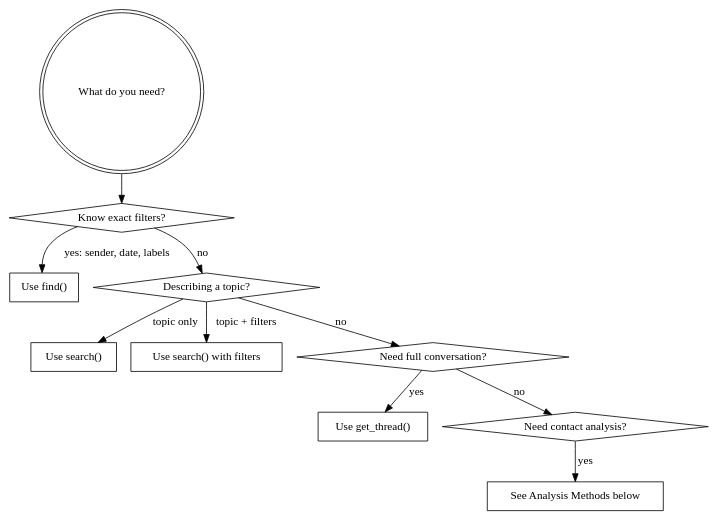
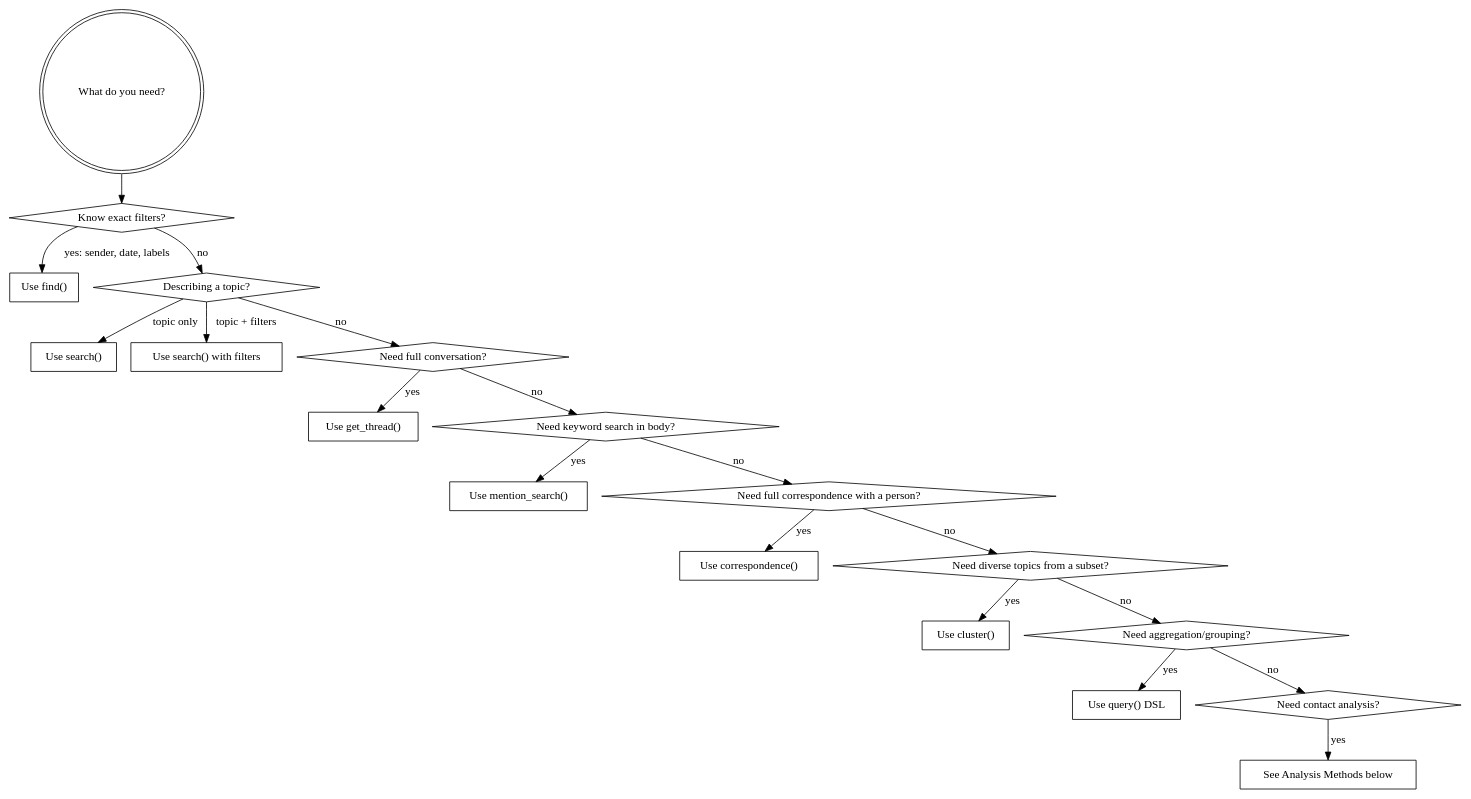
Before and after one commit to splaice/maildb: the diagram in skills/using-maildb/SKILL.md, drawn with Graphviz. The commit also changed other lines of this file, not shown here.

````diff
--- a/skills/using-maildb/SKILL.md
+++ b/skills/using-maildb/SKILL.md
@@ -12,24 +12,40 @@
 ```dot
 digraph method_choice {
     "What do you need?" [shape=doublecircle];
     "Know exact filters?" [shape=diamond];
     "Use find()" [shape=box];
     "Describing a topic?" [shape=diamond];
     "Use search()" [shape=box];
     "Use search() with filters" [shape=box];
     "Need full conversation?" [shape=diamond];
     "Use get_thread()" [shape=box];
+    "Need keyword search in body?" [shape=diamond];
+    "Use mention_search()" [shape=box];
+    "Need full correspondence with a person?" [shape=diamond];
+    "Use correspondence()" [shape=box];
+    "Need diverse topics from a subset?" [shape=diamond];
+    "Use cluster()" [shape=box];
+    "Need aggregation/grouping?" [shape=diamond];
+    "Use query() DSL" [shape=box];
     "Need contact analysis?" [shape=diamond];
     "See Analysis Methods below" [shape=box];
 
     "What do you need?" -> "Know exact filters?";
     "Know exact filters?" -> "Use find()" [label="yes: sender, date, labels"];
     "Know exact filters?" -> "Describing a topic?" [label="no"];
     "Describing a topic?" -> "Use search()" [label="topic only"];
     "Describing a topic?" -> "Use search() with filters" [label="topic + filters"];
     "Describing a topic?" -> "Need full conversation?" [label="no"];
     "Need full conversation?" -> "Use get_thread()" [label="yes"];
-    "Need full conversation?" -> "Need contact analysis?" [label="no"];
+    "Need full conversation?" -> "Need keyword search in body?" [label="no"];
+    "Need keyword search in body?" -> "Use mention_search()" [label="yes"];
+    "Need keyword search in body?" -> "Need full correspondence with a person?" [label="no"];
+    "Need full correspondence with a person?" -> "Use correspondence()" [label="yes"];
+    "Need full correspondence with a person?" -> "Need diverse topics from a subset?" [label="no"];
+    "Need diverse topics from a subset?" -> "Use cluster()" [label="yes"];
+    "Need diverse topics from a subset?" -> "Need aggregation/grouping?" [label="no"];
+    "Need aggregation/grouping?" -> "Use query() DSL" [label="yes"];
+    "Need aggregation/grouping?" -> "Need contact analysis?" [label="no"];
     "Need contact analysis?" -> "See Analysis Methods below" [label="yes"];
 }
 ```
````
